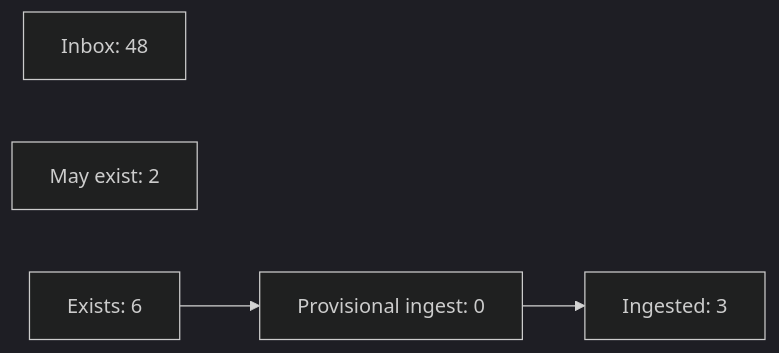
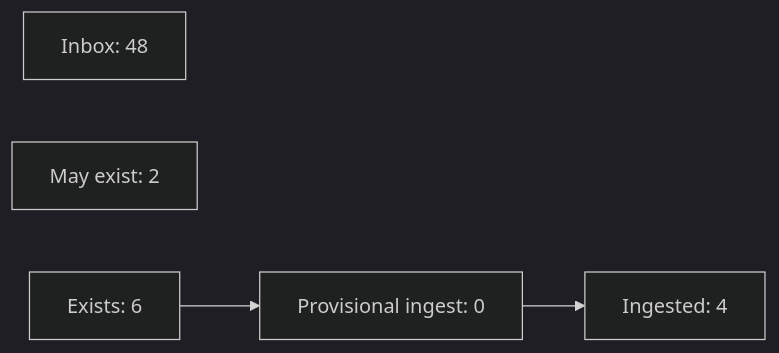
The diagram in README.md (OpenPKCommons/OPKC), drawn with Mermaid (dark theme) before and after one commit. The commit also changed 1 other file, not shown here.

Commit message:
Updated tracking in the README flowchart and the markdown in data/ (updated the digestion of Russell, too)

````diff
--- a/README.md
+++ b/README.md
@@ -52,9 +52,9 @@
 ```mermaid
 graph LR
 	inbox[Inbox: 48]
 	mayexist[May exist: 2]
 	exists[Exists: 6]
 	provingest[Provisional ingest: 0]
-	ingested[Ingested: 3]
+	ingested[Ingested: 4]
 	exists --> provingest --> ingested
 ```
````
